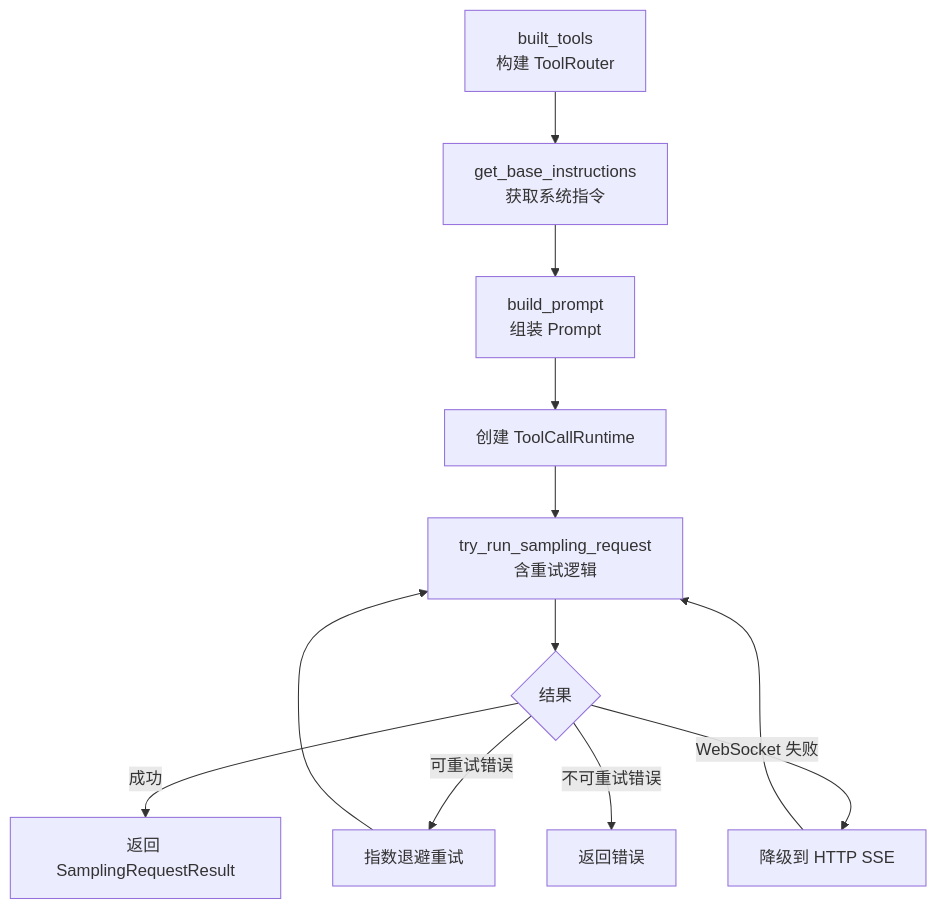
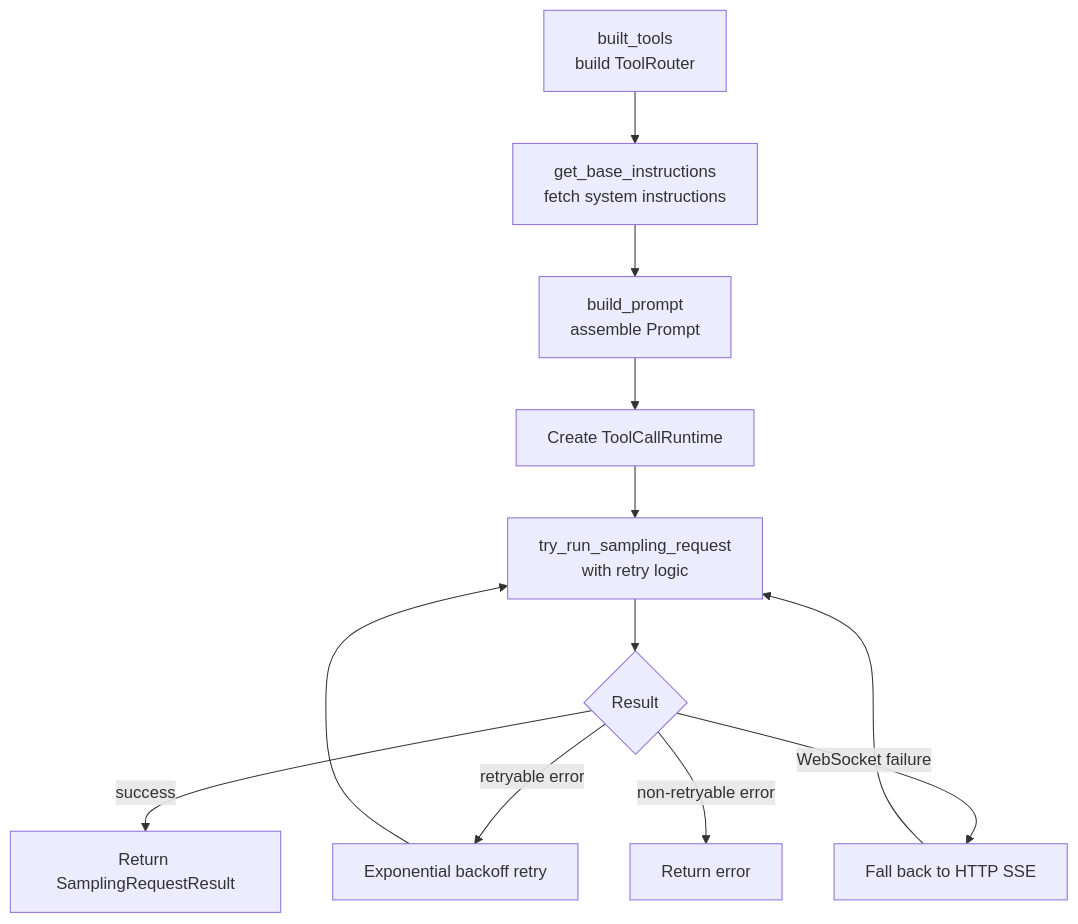
The second of 2 diagrams in wiki/03-agent-loop.md (yibn2008/learn-codex), drawn with Mermaid before and after one commit. The commit also changed other lines of this file and 32 other files, not shown here.

````diff
--- a/wiki/03-agent-loop.md
+++ b/wiki/03-agent-loop.md
@@ -160,15 +162,15 @@
 ```mermaid
 graph TD
-    A[built_tools<br/>构建 ToolRouter] --> B[get_base_instructions<br/>获取系统指令]
-    B --> C[build_prompt<br/>组装 Prompt]
-    C --> D[创建 ToolCallRuntime]
-    D --> E[try_run_sampling_request<br/>含重试逻辑]
+    A[built_tools<br/>build ToolRouter] --> B[get_base_instructions<br/>fetch system instructions]
+    B --> C[build_prompt<br/>assemble Prompt]
+    C --> D[Create ToolCallRuntime]
+    D --> E[try_run_sampling_request<br/>with retry logic]
 
-    E --> F{结果}
-    F -->|成功| G[返回 SamplingRequestResult]
-    F -->|可重试错误| H[指数退避重试]
+    E --> F{Result}
+    F -->|success| G[Return SamplingRequestResult]
+    F -->|retryable error| H[Exponential backoff retry]
     H --> E
-    F -->|WebSocket 失败| I[降级到 HTTP SSE]
+    F -->|WebSocket failure| I[Fall back to HTTP SSE]
     I --> E
-    F -->|不可重试错误| J[返回错误]
+    F -->|non-retryable error| J[Return error]
 ```
````
